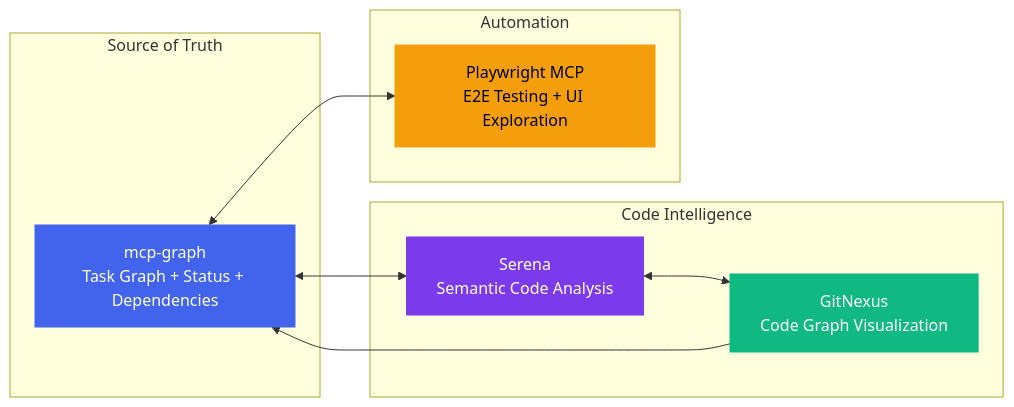
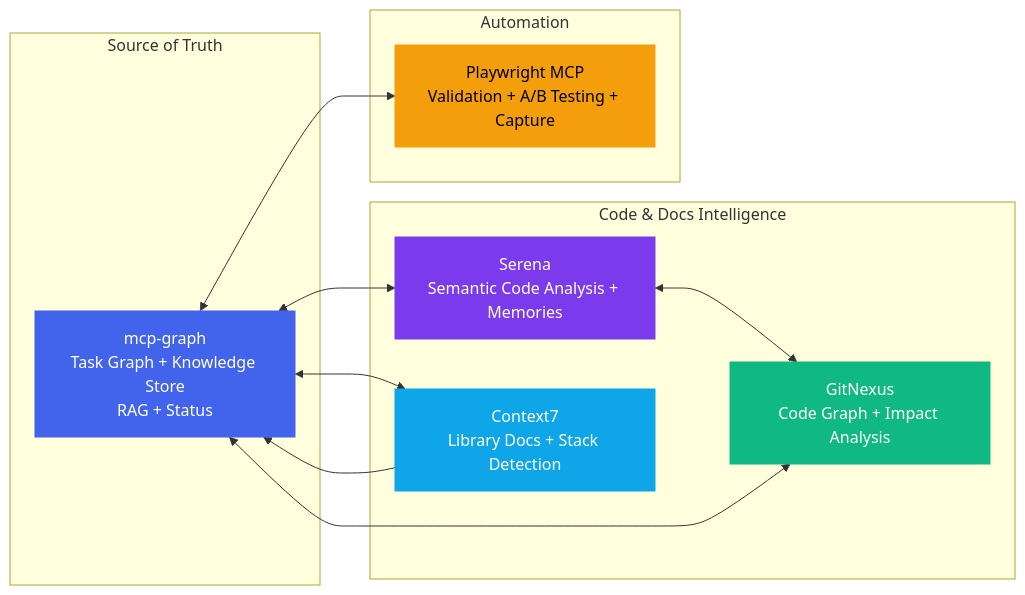
The second of 19 diagrams in docs/LIFECYCLE.md (sraphaz/mcp-graph-workflow), drawn with Mermaid before and after one commit. The commit also changed other lines of this file, not shown here.

Commit message:
chore: update architecture and knowledge pipeline details in LIFECYCLE.md

````diff
--- a/docs/LIFECYCLE.md
+++ b/docs/LIFECYCLE.md
@@ -30,25 +30,29 @@
 ```mermaid
 graph LR
     subgraph "Source of Truth"
-        MCPGraph[mcp-graph<br/>Task Graph + Status + Dependencies]
+        MCPGraph[mcp-graph<br/>Task Graph + Knowledge Store<br/>RAG + Status]
     end
 
-    subgraph "Code Intelligence"
-        Serena[Serena<br/>Semantic Code Analysis]
-        GitNexus[GitNexus<br/>Code Graph Visualization]
+    subgraph "Code & Docs Intelligence"
+        Serena[Serena<br/>Semantic Code Analysis + Memories]
+        GitNexus[GitNexus<br/>Code Graph + Impact Analysis]
+        Context7[Context7<br/>Library Docs + Stack Detection]
     end
 
     subgraph "Automation"
-        Playwright[Playwright MCP<br/>E2E Testing + UI Exploration]
+        Playwright[Playwright MCP<br/>Validation + A/B Testing + Capture]
     end
 
     MCPGraph <--> Serena
     MCPGraph <--> Playwright
+    MCPGraph <--> Context7
     Serena <--> GitNexus
-    GitNexus --> MCPGraph
+    MCPGraph <--> GitNexus
+    Context7 --> MCPGraph
 
     style MCPGraph fill:#4263eb,color:#fff,stroke:#4263eb
     style Serena fill:#7c3aed,color:#fff,stroke:#7c3aed
     style GitNexus fill:#10b981,color:#fff,stroke:#10b981
+    style Context7 fill:#0ea5e9,color:#fff,stroke:#0ea5e9
     style Playwright fill:#f59e0b,color:#000,stroke:#f59e0b
 ```
````
